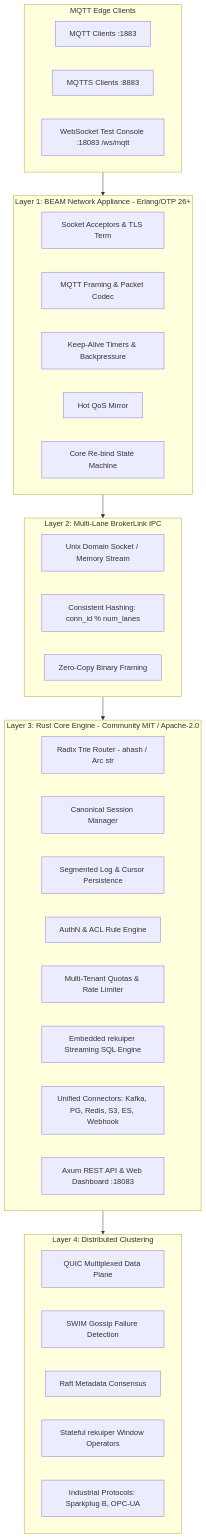
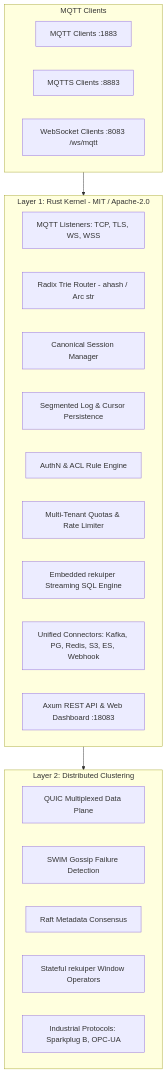
One commit to Indus-Stack/indramqtt changed the first of 3 diagrams in ARCHITECTURE.md. Above: the diagram before and after it, drawn with Mermaid. The commit also changed other lines of this file and 8 other files, not shown here.

Commit message:
checkpoint ER-13

````diff
--- a/ARCHITECTURE.md
+++ b/ARCHITECTURE.md
@@ -13,46 +24,31 @@
 ```mermaid
 graph TB
-    subgraph Clients[MQTT Edge Clients]
+    subgraph Clients[MQTT Clients]
         TCP_CLI[MQTT Clients :1883]
         TLS_CLI[MQTTS Clients :8883]
-        WS_CLI[WebSocket Test Console :18083 /ws/mqtt]
+        WS_CLI[WebSocket Clients :8083 /ws/mqtt]
     end
 
-    subgraph BEAM[Layer 1: BEAM Network Appliance - Erlang/OTP 26+]
-        ACCEPTOR[Socket Acceptors & TLS Term]
-        FRAMING[MQTT Framing & Packet Codec]
-        KEEPALIVE[Keep-Alive Timers & Backpressure]
-        STATE_MIRROR[Hot QoS Mirror]
-        REBIND[Core Re-bind State Machine]
-    end
-
-    subgraph IPC[Layer 2: Multi-Lane BrokerLink IPC]
-        UDS[Unix Domain Socket / Memory Stream]
-        LANE_HASH[Consistent Hashing: conn_id % num_lanes]
-        PROTO_FRAMING[Zero-Copy Binary Framing]
-    end
-
-    subgraph Core[Layer 3: Rust Core Engine - Community MIT / Apache-2.0]
+    subgraph Core[Layer 1: Rust Kernel - MIT / Apache-2.0]
+        LISTEN[MQTT Listeners: TCP, TLS, WS, WSS]
         ROUTER[Radix Trie Router - ahash / Arc str]
         SESSION[Canonical Session Manager]
         STORAGE[Segmented Log & Cursor Persistence]
         AUTH[AuthN & ACL Rule Engine]
         QUOTA[Multi-Tenant Quotas & Rate Limiter]
         SQL[Embedded rekuiper Streaming SQL Engine]
         CONNECTORS[Unified Connectors: Kafka, PG, Redis, S3, ES, Webhook]
         REST[Axum REST API & Web Dashboard :18083]
     end
 
-    subgraph Enterprise[Layer 4: Distributed Clustering]
+    subgraph Enterprise[Layer 2: Distributed Clustering]
         QUIC[QUIC Multiplexed Data Plane]
         SWIM[SWIM Gossip Failure Detection]
         RAFT[Raft Metadata Consensus]
         WINDOWS[Stateful rekuiper Window Operators]
         INDUSTRIAL[Industrial Protocols: Sparkplug B, OPC-UA]
     end
 
-    Clients --> BEAM
-    BEAM --> IPC
-    IPC --> Core
+    Clients --> Core
     Core --> Enterprise
 ```
````
